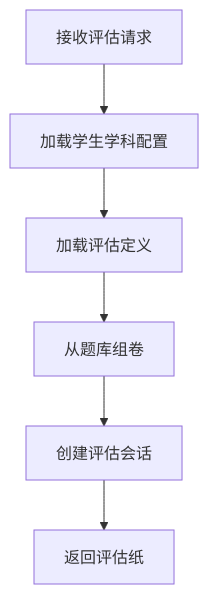
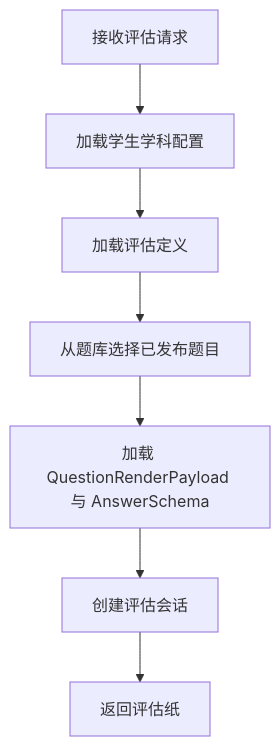
The first of 2 diagrams in doc/module-design/03-评估引擎模块.md (angelash/StudyAgent), drawn with Mermaid before and after one commit. The commit also changed other lines of this file and 8 other files, not shown here.

````diff
--- a/doc/module-design/03-评估引擎模块.md
+++ b/doc/module-design/03-评估引擎模块.md
@@ -115,8 +125,9 @@
 ```mermaid
 flowchart TD
     A[接收评估请求] --> B[加载学生学科配置]
     B --> C[加载评估定义]
-    C --> D[从题库组卷]
-    D --> E[创建评估会话]
-    E --> F[返回评估纸]
+    C --> D[从题库选择已发布题目]
+    D --> E[加载 QuestionRenderPayload 与 AnswerSchema]
+    E --> F[创建评估会话]
+    F --> G[返回评估纸]
 ```
````
